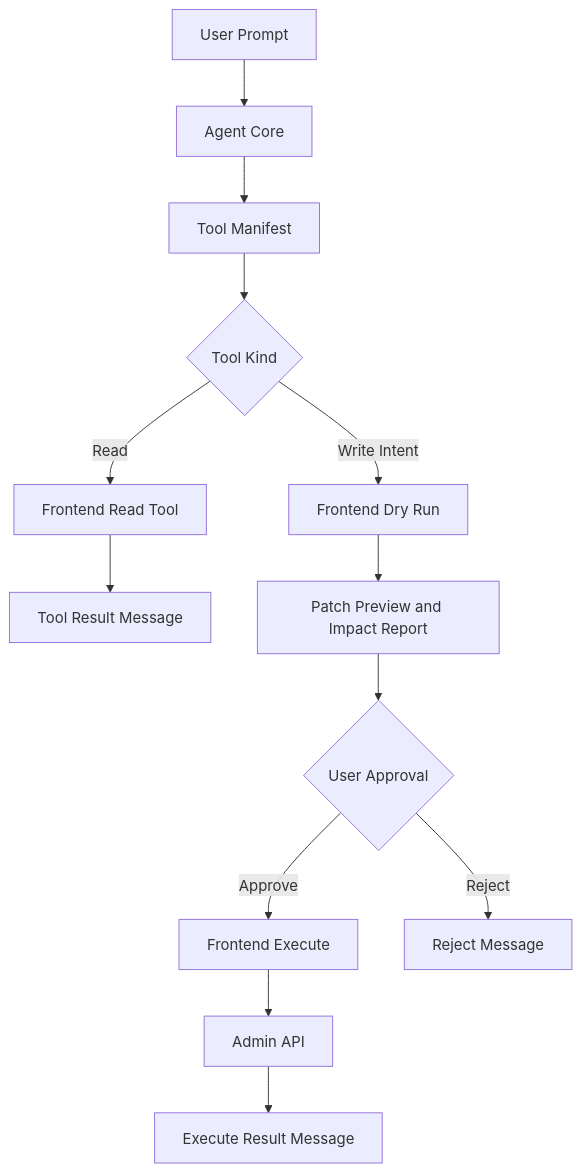
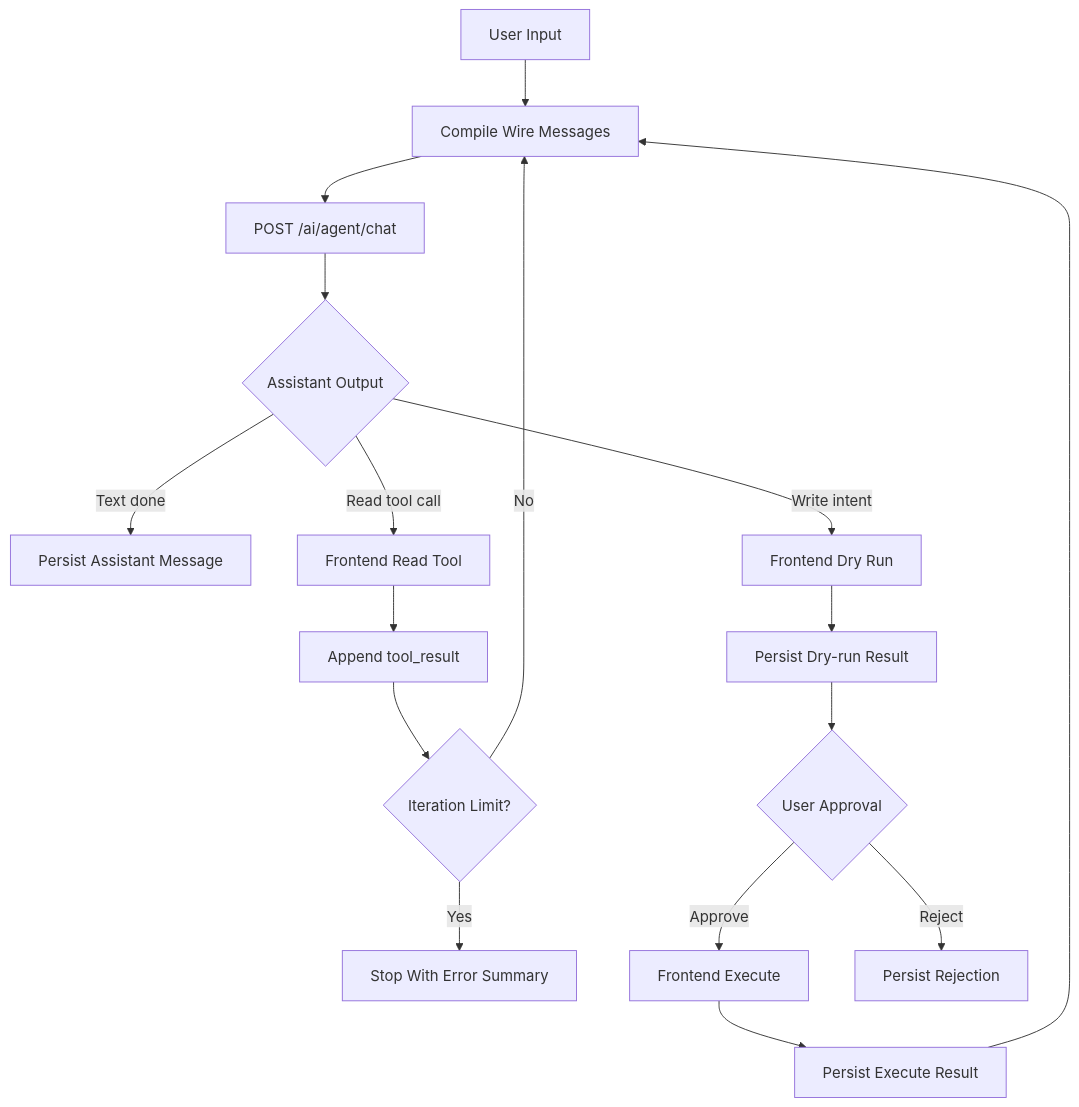
One commit to mx-space/core changed the third of 4 diagrams in docs/superpowers/specs/2026-05-31-admin-agent-core-design.md. Above: the diagram before and after it, drawn with Mermaid. The commit also changed other lines of this file and 31 other files, not shown here.

First line of the commit message:
feat(admin): introduce agent-core turn loop + relocate persistence to client

````diff
--- a/docs/superpowers/specs/2026-05-31-admin-agent-core-design.md
+++ b/docs/superpowers/specs/2026-05-31-admin-agent-core-design.md
@@ -270,18 +298,21 @@
 ```mermaid
 flowchart TD
-  Prompt[User Prompt] --> Core[Agent Core]
-  Core --> Manifest[Tool Manifest]
-  Manifest --> Kind{Tool Kind}
+  User[User Input] --> Compile[Compile Wire Messages]
+  Compile --> Chat[POST /ai/agent/chat]
+  Chat --> Output{Assistant Output}
 
-  Kind -->|Read| ReadTool[Frontend Read Tool]
-  Kind -->|Write Intent| DryRun[Frontend Dry Run]
+  Output -->|Text done| PersistAssistant[Persist Assistant Message]
+  Output -->|Read tool call| ReadTool[Frontend Read Tool]
+  ReadTool --> ToolResult[Append tool_result]
+  ToolResult --> Limit{Iteration Limit?}
+  Limit -->|No| Compile
+  Limit -->|Yes| Stop[Stop With Error Summary]
 
-  ReadTool --> ToolResult[Tool Result Message]
-  DryRun --> Preview[Patch Preview and Impact Report]
-  Preview --> Approve{User Approval}
-  Approve -->|Approve| Execute[Frontend Execute]
-  Approve -->|Reject| Reject[Reject Message]
-
-  Execute --> AdminApi[Admin API]
-  AdminApi --> ExecuteResult[Execute Result Message]
+  Output -->|Write intent| DryRun[Frontend Dry Run]
+  DryRun --> Preview[Persist Dry-run Result]
+  Preview --> Approval{User Approval}
+  Approval -->|Approve| Execute[Frontend Execute]
+  Approval -->|Reject| Reject[Persist Rejection]
+  Execute --> ExecuteResult[Persist Execute Result]
+  ExecuteResult --> Compile
 ```
````
